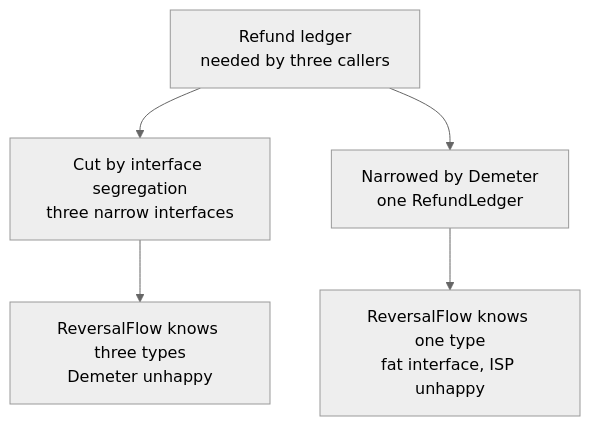
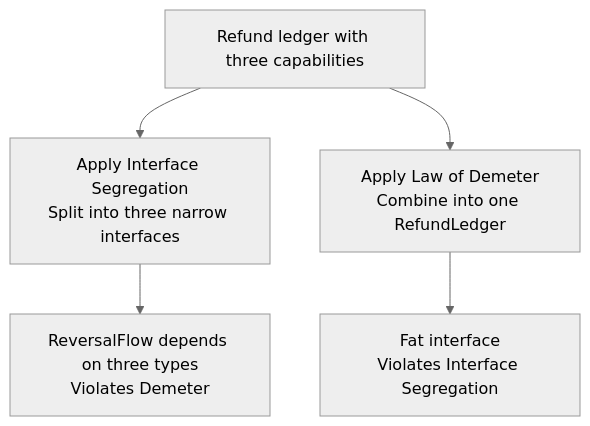
The diagram in src/content/notes/en/programming-taste-in-the-agent-era.md (ffzz/blog), drawn with Mermaid (neutral theme) before and after one commit. The commit also changed other lines of this file and 3 other files, not shown here.

````diff
--- a/src/content/notes/en/programming-taste-in-the-agent-era.md
+++ b/src/content/notes/en/programming-taste-in-the-agent-era.md
@@ -102,7 +82,7 @@
 ```mermaid
 flowchart TB
-    A["Refund ledger<br/>needed by three callers"] --> B["Cut by interface segregation<br/>three narrow interfaces"]
-    A --> C["Narrowed by Demeter<br/>one RefundLedger"]
-    B --> D["ReversalFlow knows three types<br/>Demeter unhappy"]
-    C --> E["ReversalFlow knows one type<br/>fat interface, ISP unhappy"]
+    A["Refund ledger with three capabilities"] --> B["Apply Interface Segregation<br/>Split into three narrow interfaces"]
+    A --> C["Apply Law of Demeter<br/>Combine into one RefundLedger"]
+    B --> D["ReversalFlow depends on three types<br/>Violates Demeter"]
+    C --> E["Fat interface<br/>Violates Interface Segregation"]
 ```
````
